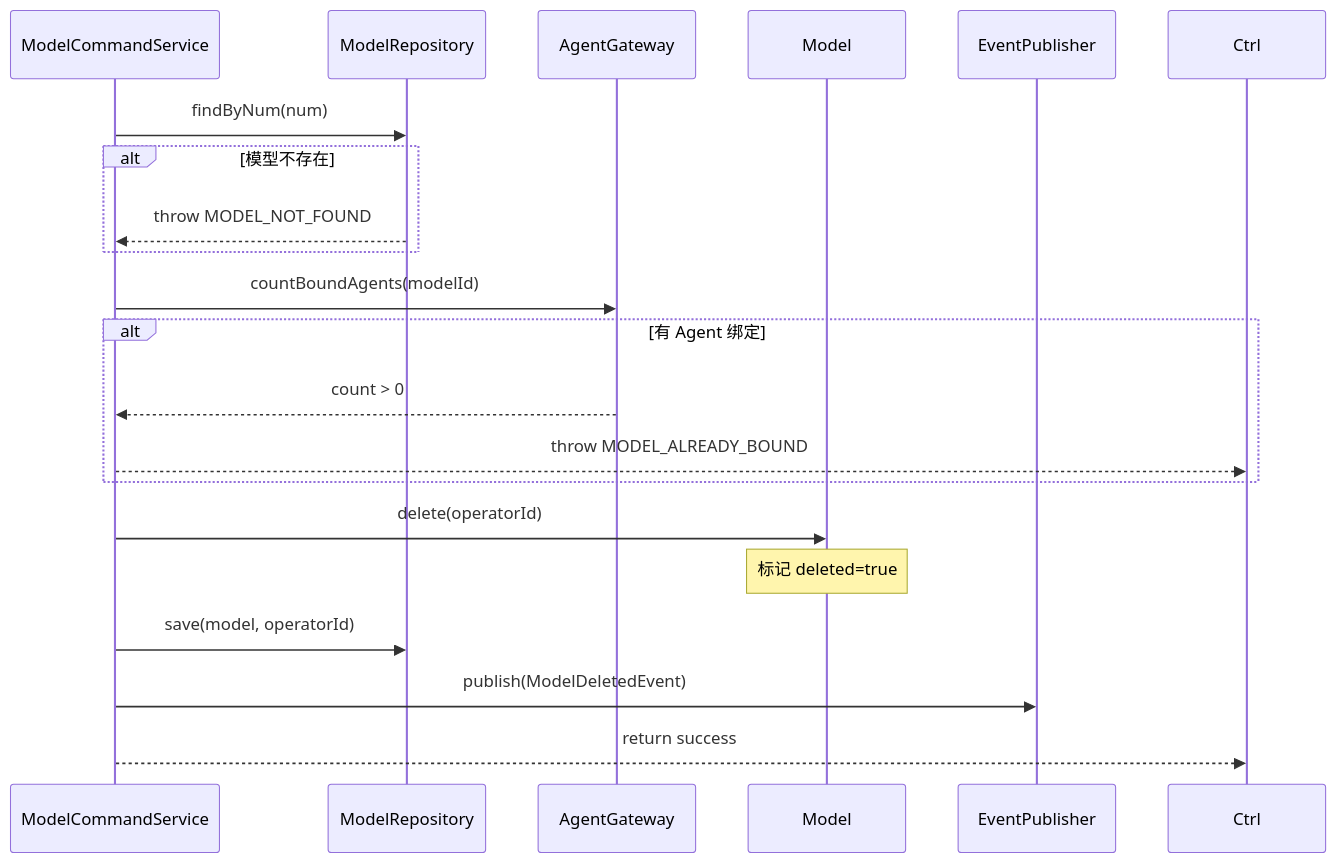
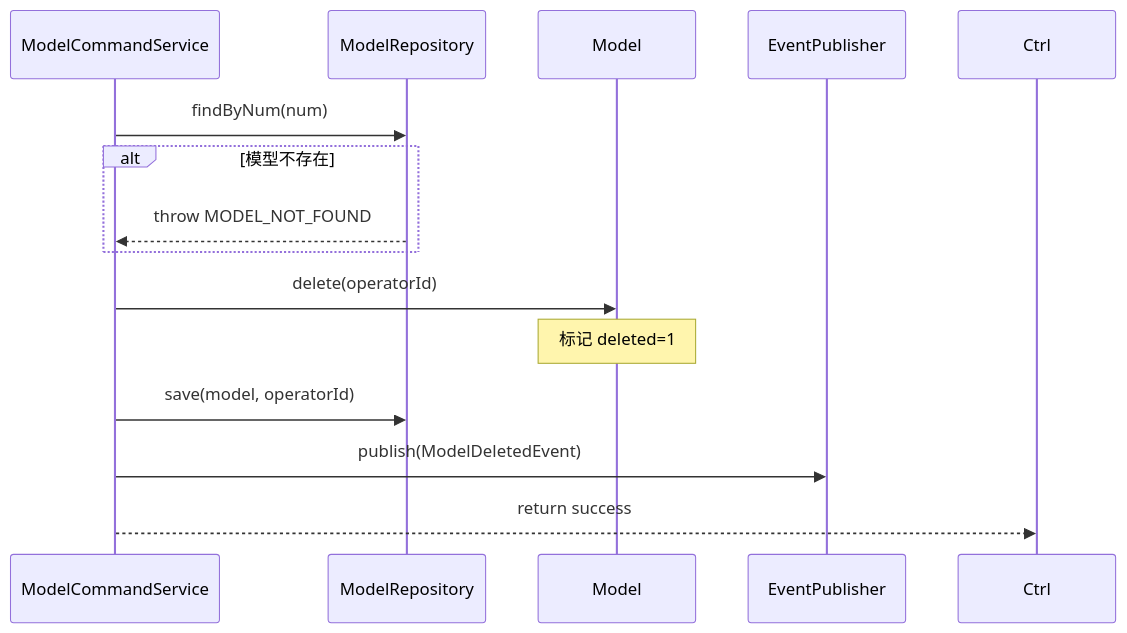
The third of 21 diagrams in doc/技术方案/2026-05-15_模型管理-技术方案.md (garry-wjl/GAgentManager), drawn with Mermaid before and after one commit. The commit also changed other lines of this file and 14 other files, not shown here.

````diff
--- a/doc/技术方案/2026-05-15_模型管理-技术方案.md
+++ b/doc/技术方案/2026-05-15_模型管理-技术方案.md
@@ -183,23 +161,17 @@
 ```mermaid
 sequenceDiagram
     participant Svc as ModelCommandService
     participant Repo as ModelRepository
-    participant AG as AgentGateway
     participant M as Model
     participant EP as EventPublisher
 
     Svc->>Repo: findByNum(num)
     alt 模型不存在
         Repo-->>Svc: throw MODEL_NOT_FOUND
     end
-    Svc->>AG: countBoundAgents(modelId)
-    alt 有 Agent 绑定
-        AG-->>Svc: count > 0
-        Svc-->>Ctrl: throw MODEL_ALREADY_BOUND
-    end
     Svc->>M: delete(operatorId)
-    Note over M: 标记 deleted=true
+    Note over M: 标记 deleted=1
     Svc->>Repo: save(model, operatorId)
     Svc->>EP: publish(ModelDeletedEvent)
     Svc-->>Ctrl: return success
 ```
````
